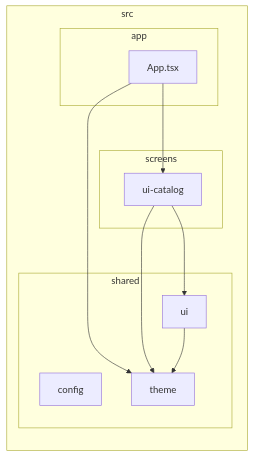
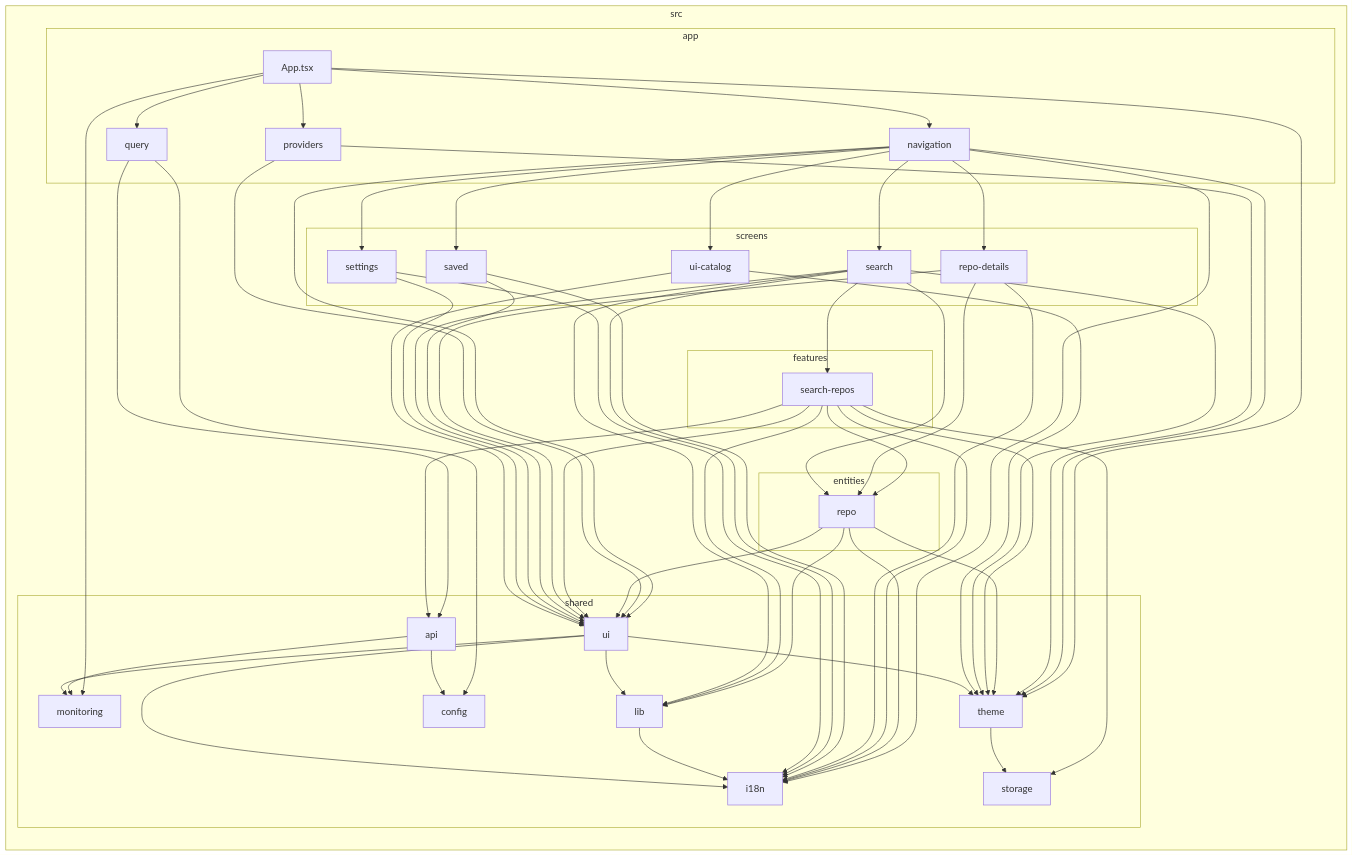
One commit to kolarus/gh-reposcout changed the diagram in docs/architecture-graph.md. Above: the diagram before and after it, drawn with Mermaid. The commit also changed 87 other files, not shown here.

Commit message:
feat: repo search, entities, client, models, ui

````diff
--- a/docs/architecture-graph.md
+++ b/docs/architecture-graph.md
@@ -9,19 +9,83 @@
 subgraph 0["src"]
 subgraph 1["app"]
 2["App.tsx"]
+3["navigation"]
+4["providers"]
+5["query"]
 end
-subgraph 3["screens"]
-4["ui-catalog"]
+subgraph 6["entities"]
+7["repo"]
 end
-subgraph 5["shared"]
-6["config"]
-7["theme"]
-8["ui"]
+subgraph 8["features"]
+9["search-repos"]
+end
+subgraph A["screens"]
+B["repo-details"]
+C["saved"]
+D["search"]
+E["settings"]
+F["ui-catalog"]
+end
+subgraph G["shared"]
+H["api"]
+I["config"]
+J["i18n"]
+K["lib"]
+L["monitoring"]
+M["storage"]
+N["theme"]
+O["ui"]
 end
 end
+2-->3
 2-->4
-2-->7
-4-->7
-4-->8
-8-->7
+2-->5
+2-->L
+2-->N
+3-->N
+3-->B
+3-->C
+3-->D
+3-->E
+3-->F
+3-->J
+3-->O
+4-->N
+4-->O
+5-->H
+5-->I
+7-->J
+7-->K
+7-->N
+7-->O
+9-->7
+9-->H
+9-->K
+9-->M
+9-->J
+9-->O
+9-->N
+B-->7
+B-->J
+B-->O
+C-->J
+C-->O
+D-->7
+D-->9
+D-->J
+D-->K
+D-->O
+D-->N
+E-->J
+E-->O
+F-->N
+F-->O
+H-->I
+H-->L
+K-->J
+N-->M
+O-->N
+O-->L
+O-->J
+O-->K
 ```
````
